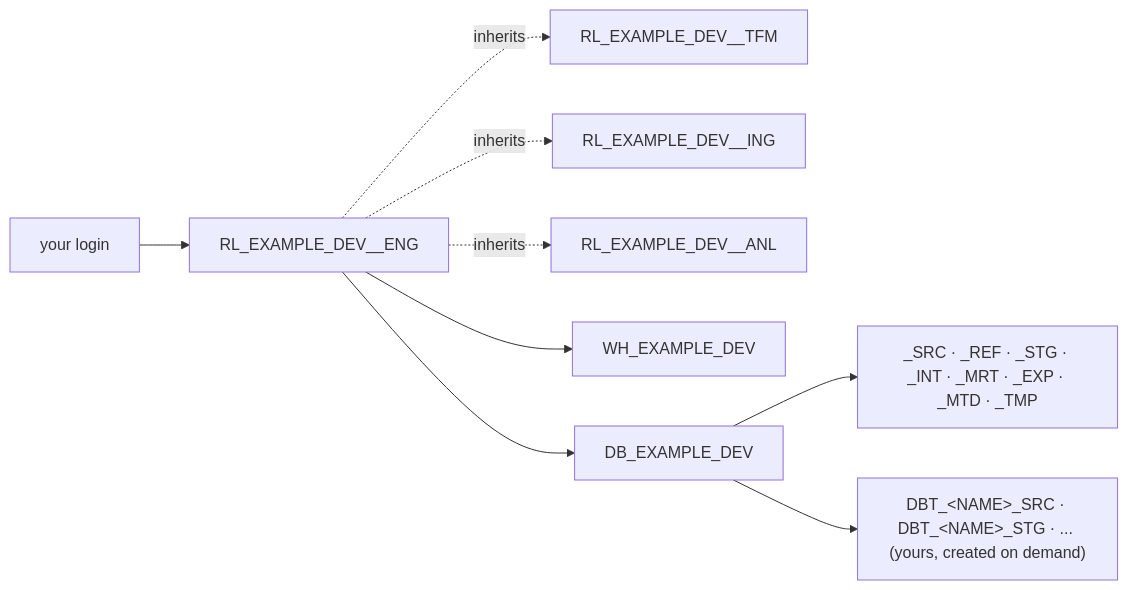
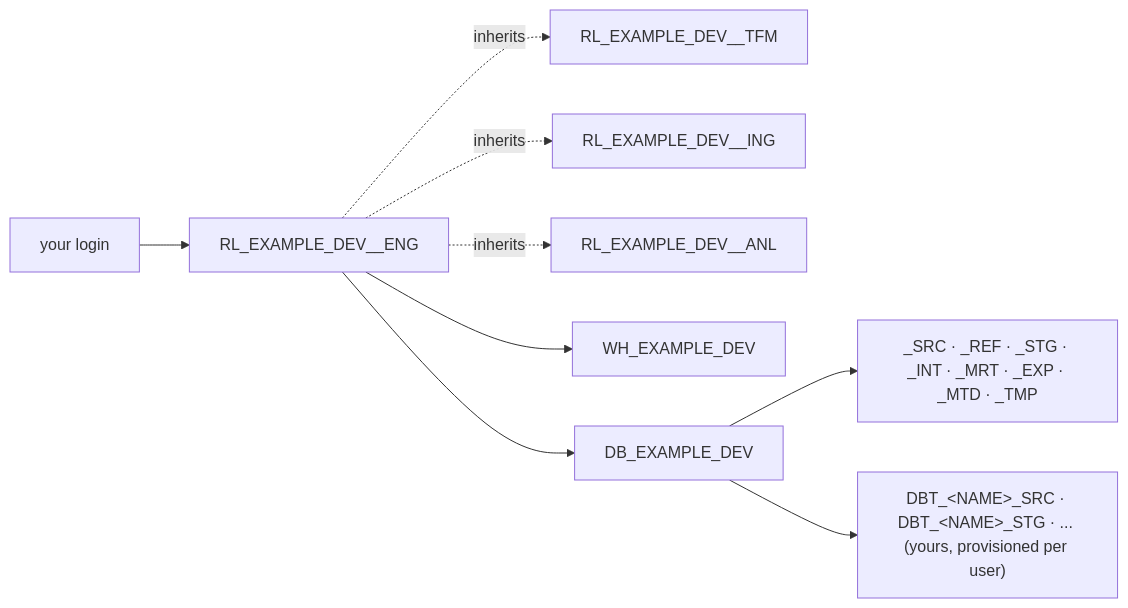
One commit to rootcube/data-mesh-template changed the first of 2 diagrams in docs/architecture/snowflake.md. Above: the diagram before and after it, drawn with Mermaid. The commit also changed other lines of this file and 61 other files, not shown here.

Commit message:
feat: add personal schema prefix support and update related documentation

````diff
--- a/docs/architecture/snowflake.md
+++ b/docs/architecture/snowflake.md
@@ -30,11 +37,11 @@
 ```mermaid
 flowchart LR
     U["your login"] --> R["RL_EXAMPLE_DEV__ENG"]
     R -. inherits .-> TFM["RL_EXAMPLE_DEV__TFM"]
     R -. inherits .-> ING["RL_EXAMPLE_DEV__ING"]
     R -. inherits .-> ANL["RL_EXAMPLE_DEV__ANL"]
     R --> WH["WH_EXAMPLE_DEV"]
     R --> DB["DB_EXAMPLE_DEV"]
     DB --> LAYERS["_SRC · _REF · _STG · _INT · _MRT · _EXP · _MTD · _TMP"]
-    DB --> MINE["DBT_&lt;NAME&gt;_SRC · DBT_&lt;NAME&gt;_STG · ... (yours, created on demand)"]
+    DB --> MINE["DBT_&lt;NAME&gt;_SRC · DBT_&lt;NAME&gt;_STG · ... (yours, provisioned per user)"]
 ```
````
